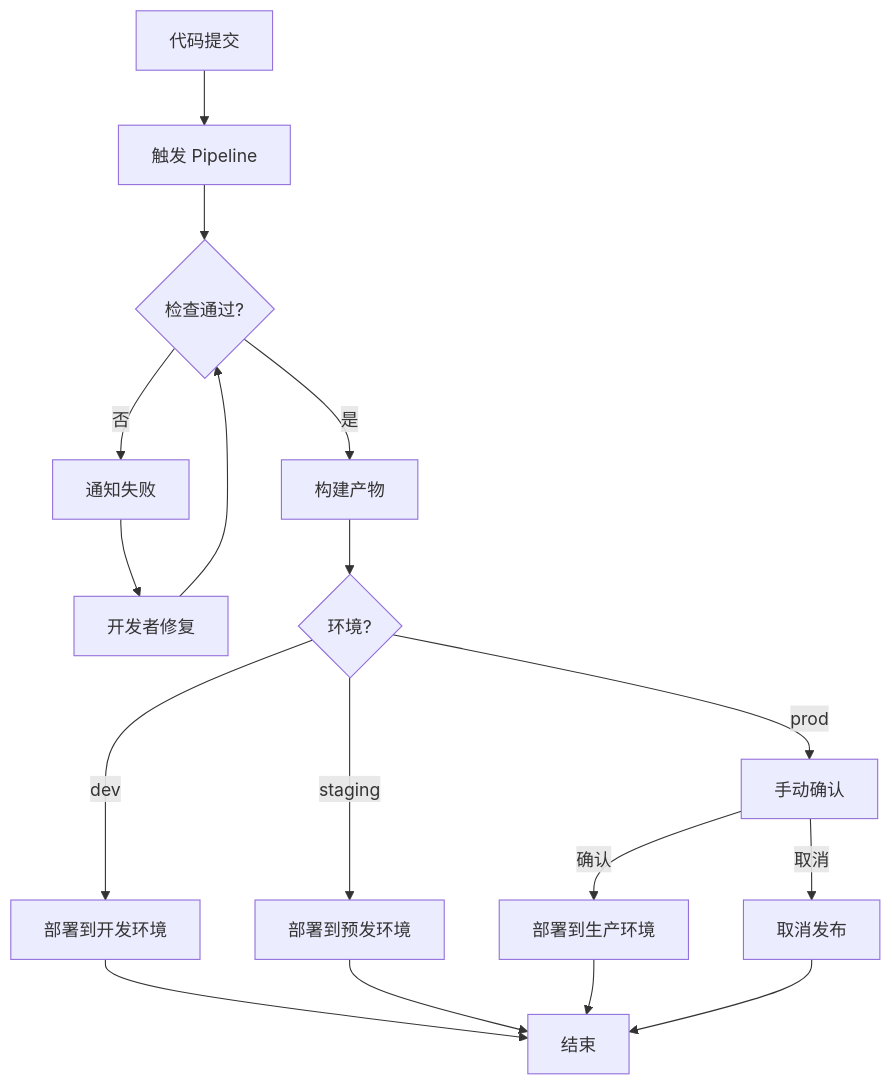
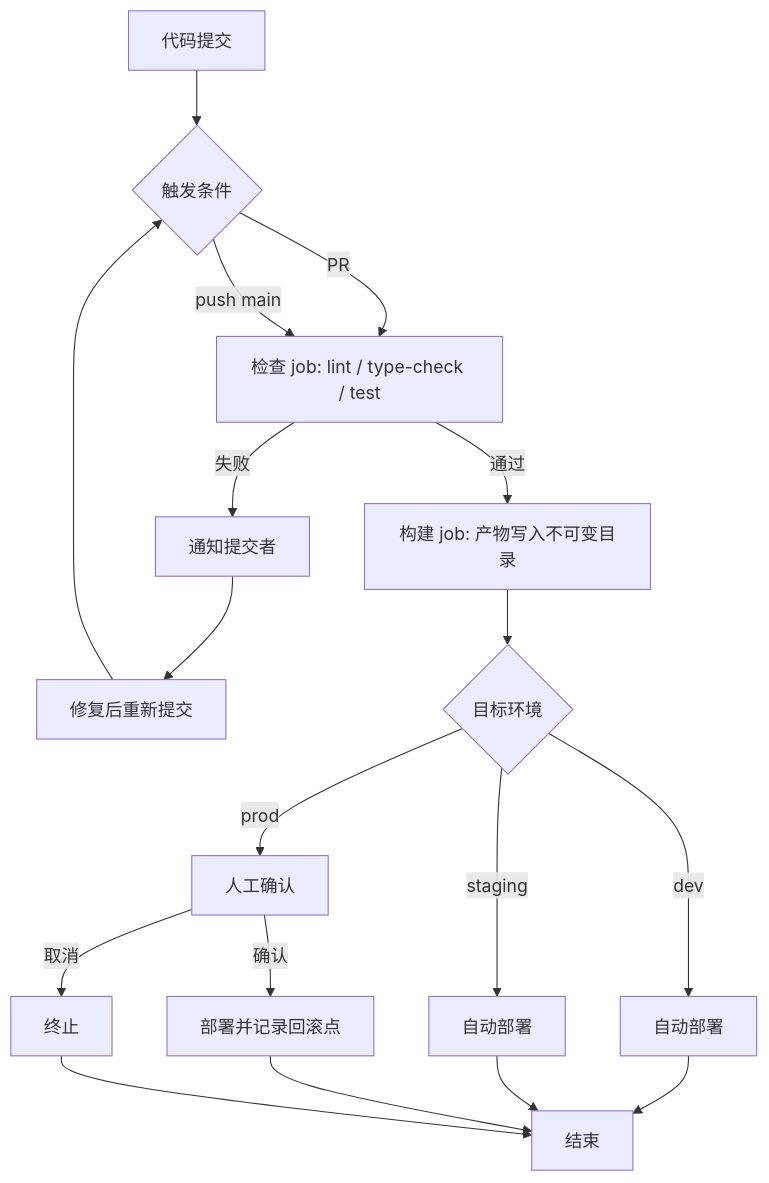
The diagram in content/30-RESOURCES/CI-CD流程.md (pedyc/dg.pedyc), drawn with Mermaid before and after one commit. The commit also changed other lines of this file and 44 other files, not shown here.

````diff
--- a/content/30-RESOURCES/CI-CD流程.md
+++ b/content/30-RESOURCES/CI-CD流程.md
@@ -36,19 +26,20 @@
 ```mermaid
 flowchart TD
-    A[代码提交] --> B[触发 Pipeline]
-    B --> C{检查通过?}
-    C -->|否| D[通知失败]
-    D --> E[开发者修复]
-    E --> C
-    C -->|是| F[构建产物]
-    F --> G{环境?}
-    G -->|dev| H[部署到开发环境]
-    G -->|staging| I[部署到预发环境]
-    G -->|prod| J[手动确认]
-    J -->|确认| K[部署到生产环境]
-    J -->|取消| L[取消发布]
+    A[代码提交] --> B{触发条件}
+    B -->|PR| C[检查 job: lint / type-check / test]
+    B -->|push main| C
+    C -->|失败| D[通知提交者]
+    D --> E[修复后重新提交]
+    E --> B
+    C -->|通过| F[构建 job: 产物写入不可变目录]
+    F --> G{目标环境}
+    G -->|dev| H[自动部署]
+    G -->|staging| I[自动部署]
+    G -->|prod| J[人工确认]
+    J -->|确认| K[部署并记录回滚点]
+    J -->|取消| L[终止]
     H --> M[结束]
     I --> M
     K --> M
     L --> M
 ```
````
